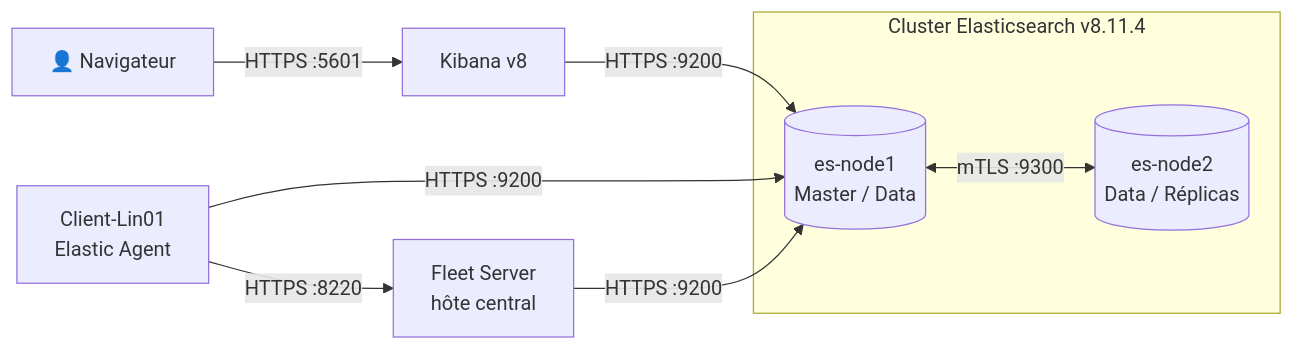
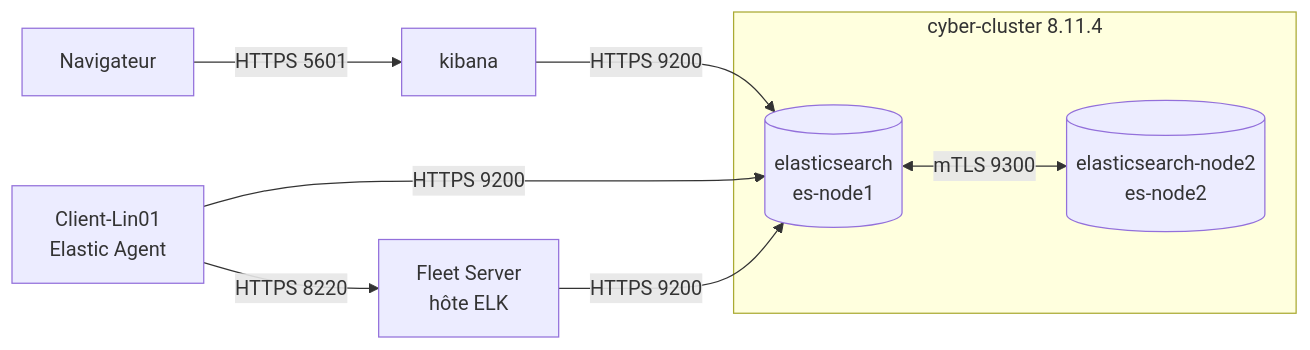
The diagram in README.md (CodjoH/Elastic-Stack-Secure-Observability-Platform), drawn with Mermaid before and after one commit. The commit also changed other lines of this file and 3 other files, not shown here.

````diff
--- a/README.md
+++ b/README.md
@@ -36,13 +24,13 @@
 ```mermaid
 flowchart LR
-    U[👤 Navigateur] -- "HTTPS :5601" --> K[Kibana v8]
-    K -- "HTTPS :9200" --> N1
-    subgraph CLUSTER["Cluster Elasticsearch v8.11.4"]
-        N1[(es-node1<br/>Master / Data)]
-        N2[(es-node2<br/>Data / Réplicas)]
-        N1 <-- "mTLS :9300" --> N2
+    U[Navigateur] -- "HTTPS 5601" --> K[kibana]
+    K -- "HTTPS 9200" --> N1
+    subgraph CLUSTER[cyber-cluster 8.11.4]
+        N1[(elasticsearch<br/>es-node1)]
+        N2[(elasticsearch-node2<br/>es-node2)]
+        N1 <-- "mTLS 9300" --> N2
     end
-    A[Client-Lin01<br/>Elastic Agent] -- "HTTPS :8220" --> FS[Fleet Server<br/>hôte central]
-    A -- "HTTPS :9200" --> N1
-    FS -- "HTTPS :9200" --> N1
+    A[Client-Lin01<br/>Elastic Agent] -- "HTTPS 8220" --> FS[Fleet Server<br/>hôte ELK]
+    A -- "HTTPS 9200" --> N1
+    FS -- "HTTPS 9200" --> N1
 ```
````
